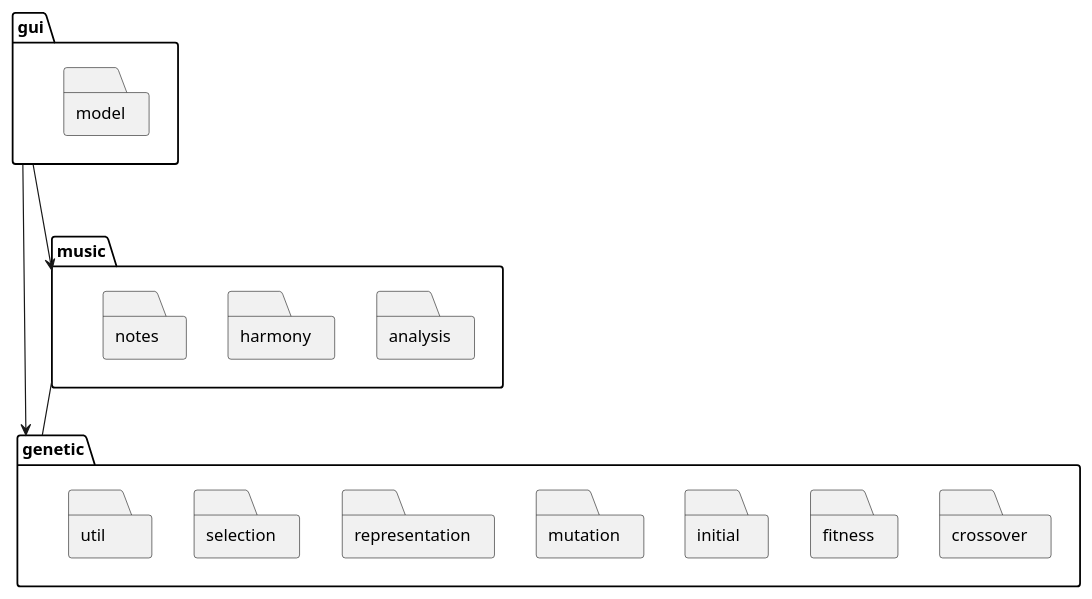
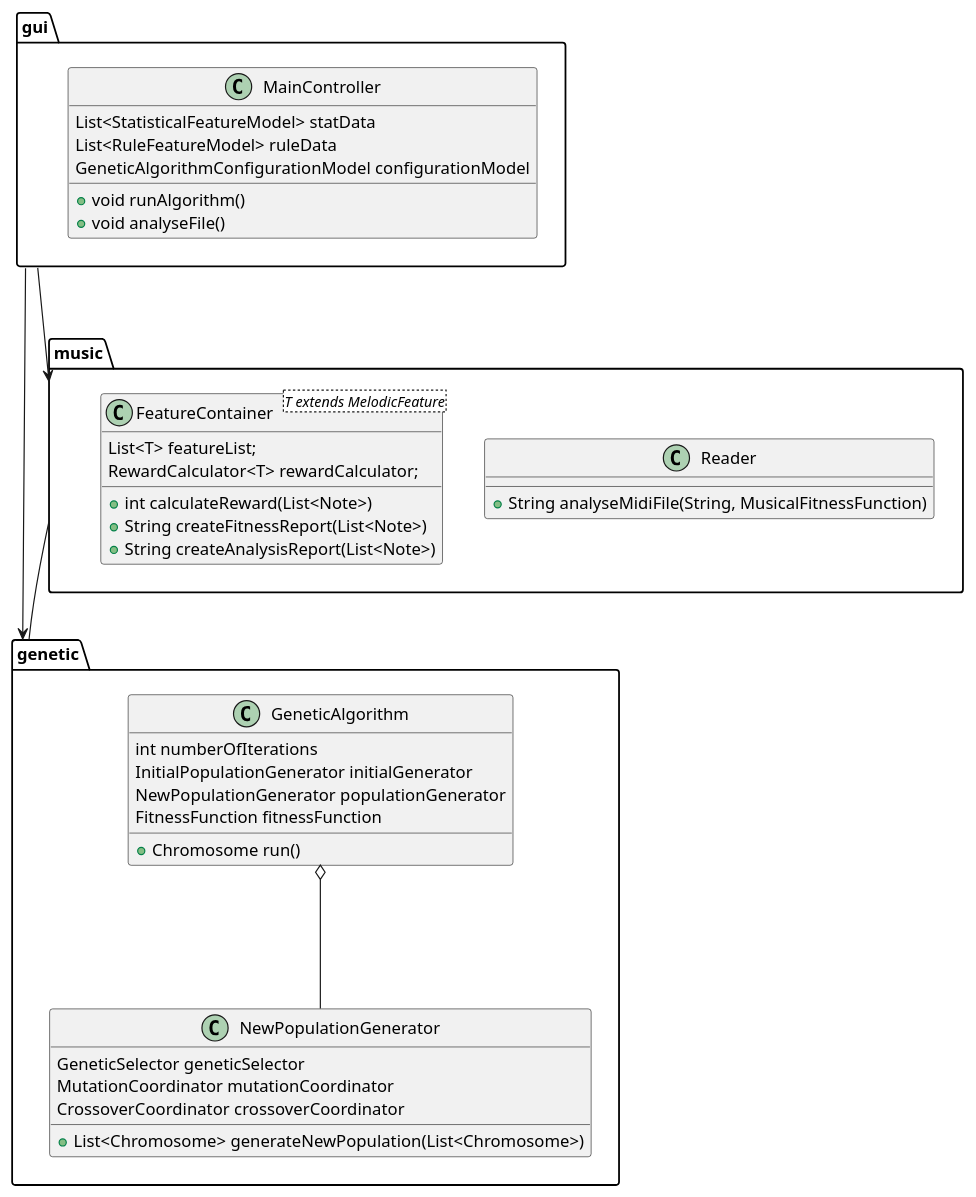
Before and after one commit to bonczek/MusicComposer: the diagram in src/main/resources/all_packages.puml, drawn with PlantUML. The commit also changed 2 other files, not shown here.

Commit message:
small changes related to uml diagrams

```diff
--- a/src/main/resources/all_packages.puml
+++ b/src/main/resources/all_packages.puml
@@ -1,48 +1,52 @@
 @startuml
 
 package genetic <<Folder>> {
-    package crossover <<Folder>> {
+    class GeneticAlgorithm {
+        int numberOfIterations
+        InitialPopulationGenerator initialGenerator
+        NewPopulationGenerator populationGenerator
+        FitnessFunction fitnessFunction
+        + Chromosome run()
     }
 
-    package fitness <<Folder>> {
+    class NewPopulationGenerator {
+        GeneticSelector geneticSelector
+        MutationCoordinator mutationCoordinator
+        CrossoverCoordinator crossoverCoordinator
+        + List<Chromosome> generateNewPopulation(List<Chromosome>)
     }
 
-    package initial <<Folder>> {
-    }
+    GeneticAlgorithm o--- NewPopulationGenerator
 
-    package mutation <<Folder>> {
-    }
-
-    package representation <<Folder>> {
-    }
-
-    package selection <<Folder>> {
-    }
-
-    package util <<Folder>> {
-    }
 }
 
 package gui <<Folder>> {
-    package model <<Folder>> {
+    class MainController {
+        List<StatisticalFeatureModel> statData
+        List<RuleFeatureModel> ruleData
+        GeneticAlgorithmConfigurationModel configurationModel
+        + void runAlgorithm()
+        + void analyseFile()
     }
 }
 
 package music <<Folder>> {
 
-    package analysis <<Folder>> {
-
+    class Reader {
+        + String analyseMidiFile(String, MusicalFitnessFunction)
     }
 
-    package harmony <<Folder>> {
-    }
-
-    package notes <<Folder>> {
+    class FeatureContainer <T extends MelodicFeature> {
+        List<T> featureList;
+        RewardCalculator<T> rewardCalculator;
+        + int calculateReward(List<Note>)
+        + String createFitnessReport(List<Note>)
+        + String createAnalysisReport(List<Note>)
     }
 }
 
 music -- genetic
 gui ---> genetic
 gui ---> music
 
 @enduml
```
